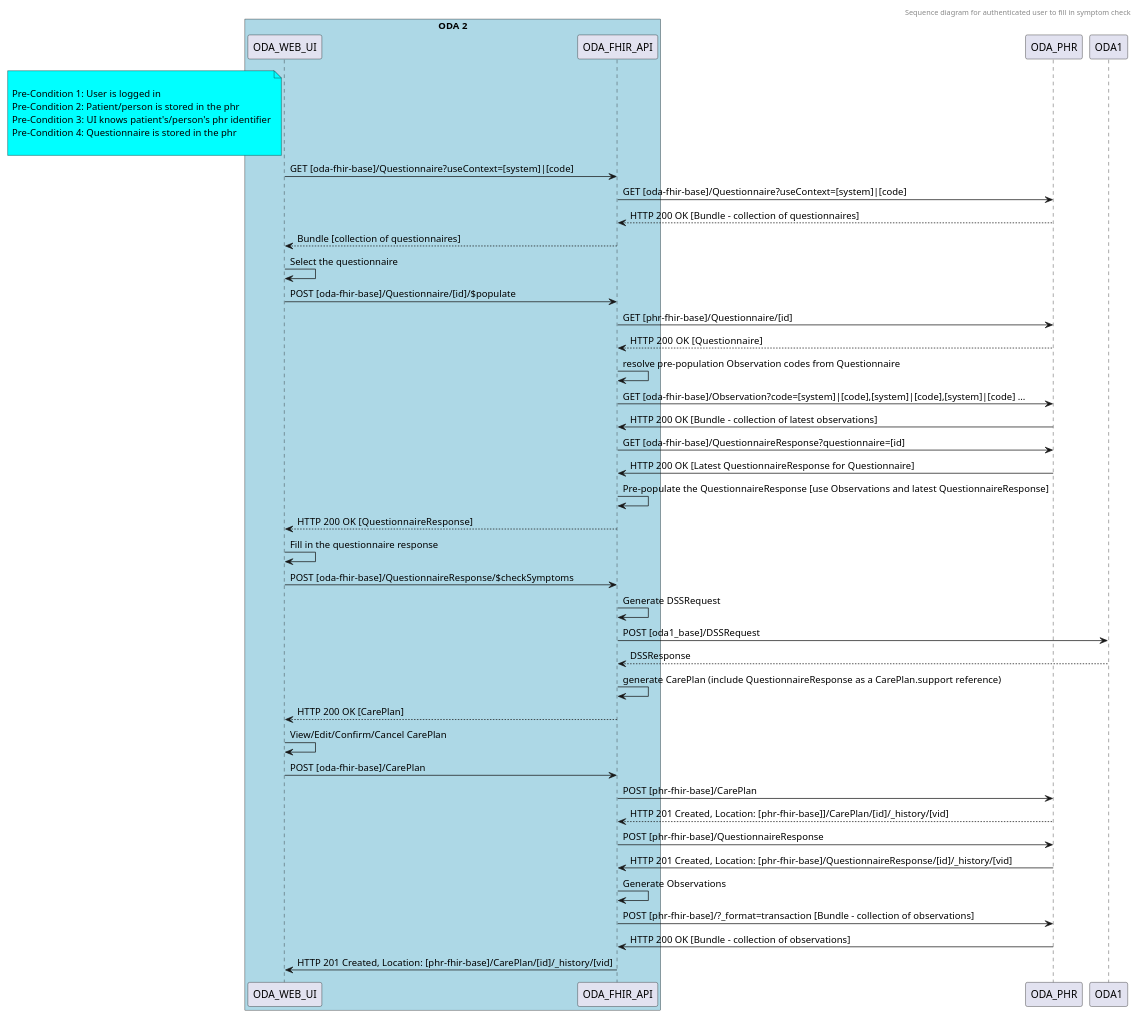
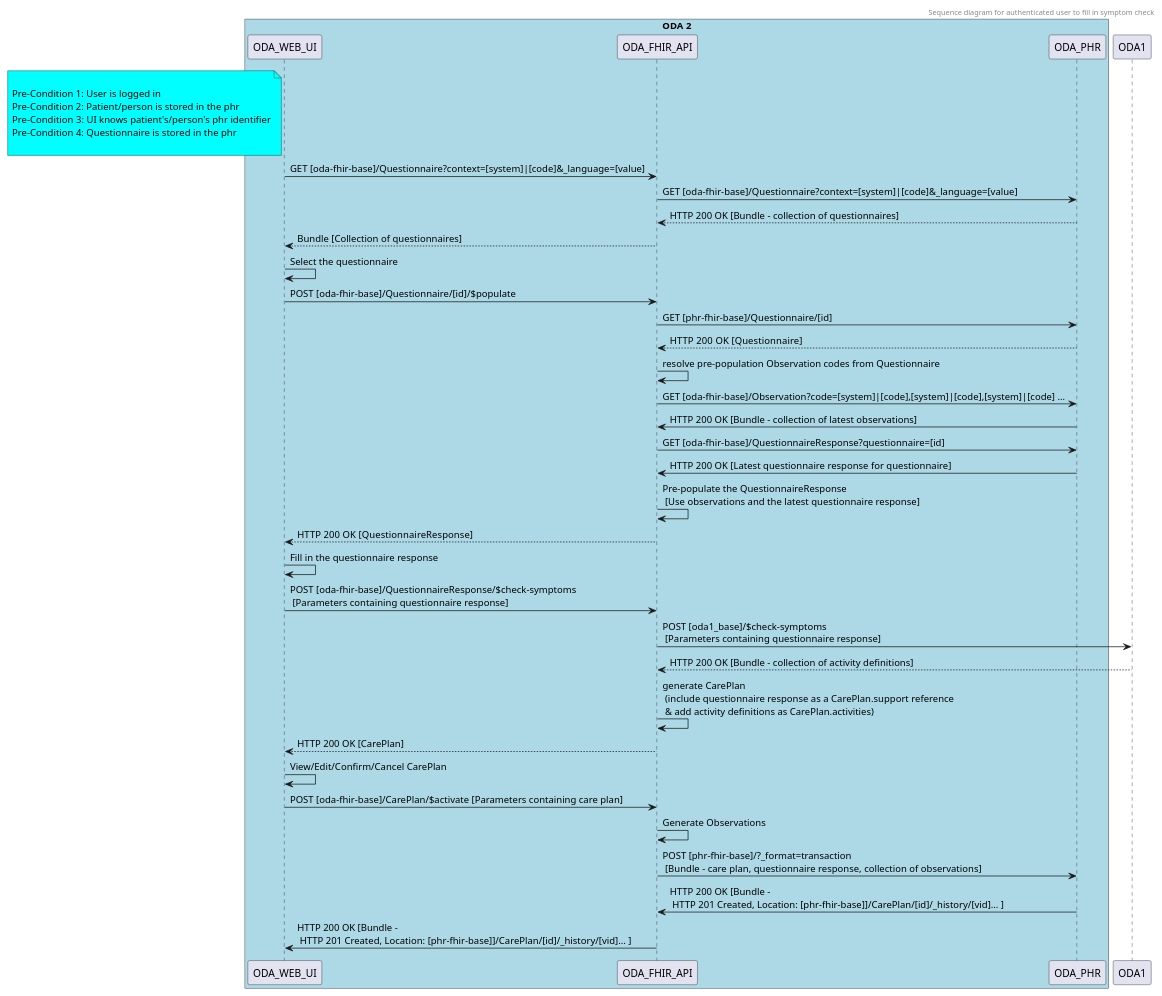
Before and after one commit to ruoat/definitions: the diagram in sequence-diagrams/symptom-check-authenticated-user.puml, drawn with PlantUML. The commit also changed 1 other file, not shown here.

Commit message:
MT-620 Update check-symptoms sequence diagram

```diff
--- a/sequence-diagrams/symptom-check-authenticated-user.puml
+++ b/sequence-diagrams/symptom-check-authenticated-user.puml
@@ -1,60 +1,57 @@
 @startuml
 header
 Sequence diagram for authenticated user to fill in symptom check
 endheader
 
 participant ODA_WEB_UI
 participant ODA_FHIR_API
 
 note left of ODA_WEB_UI #aqua
 
 Pre-Condition 1: User is logged in
 Pre-Condition 2: Patient/person is stored in the phr
 Pre-Condition 3: UI knows patient's/person's phr identifier
 Pre-Condition 4: Questionnaire is stored in the phr
 
 end note
 
 box "ODA 2" #LightBlue
 	participant ODA_WEB_UI
 	participant ODA_FHIR_API
+	participant ODA_PHR
 end box
 
-ODA_WEB_UI -> ODA_FHIR_API: GET [oda-fhir-base]/Questionnaire?useContext=[system]|[code]
-ODA_FHIR_API -> ODA_PHR: GET [oda-fhir-base]/Questionnaire?useContext=[system]|[code]
+ODA_WEB_UI -> ODA_FHIR_API: GET [oda-fhir-base]/Questionnaire?context=[system]|[code]&_language=[value]
+ODA_FHIR_API -> ODA_PHR: GET [oda-fhir-base]/Questionnaire?context=[system]|[code]&_language=[value]
 ODA_FHIR_API <-- ODA_PHR: HTTP 200 OK [Bundle - collection of questionnaires]
-ODA_WEB_UI <-- ODA_FHIR_API: Bundle [collection of questionnaires]
+ODA_WEB_UI <-- ODA_FHIR_API: Bundle [Collection of questionnaires]
 
 ODA_WEB_UI -> ODA_WEB_UI: Select the questionnaire
 ODA_WEB_UI -> ODA_FHIR_API: POST [oda-fhir-base]/Questionnaire/[id]/$populate
 ODA_FHIR_API -> ODA_PHR: GET [phr-fhir-base]/Questionnaire/[id]
 ODA_FHIR_API <-- ODA_PHR: HTTP 200 OK  [Questionnaire]
 
 ODA_FHIR_API -> ODA_FHIR_API: resolve pre-population Observation codes from Questionnaire
 ODA_FHIR_API -> ODA_PHR: GET [oda-fhir-base]/Observation?code=[system]|[code],[system]|[code],[system]|[code] ...
 ODA_FHIR_API <- ODA_PHR: HTTP 200 OK [Bundle - collection of latest observations]
 ODA_FHIR_API -> ODA_PHR: GET [oda-fhir-base]/QuestionnaireResponse?questionnaire=[id]
-ODA_FHIR_API <- ODA_PHR: HTTP 200 OK [Latest QuestionnaireResponse for Questionnaire]
-ODA_FHIR_API -> ODA_FHIR_API: Pre-populate the QuestionnaireResponse [use Observations and latest QuestionnaireResponse]
+ODA_FHIR_API <- ODA_PHR: HTTP 200 OK [Latest questionnaire response for questionnaire]
+ODA_FHIR_API -> ODA_FHIR_API: Pre-populate the QuestionnaireResponse \n [Use observations and the latest questionnaire response]
 
 ODA_WEB_UI <-- ODA_FHIR_API: HTTP 200 OK  [QuestionnaireResponse]
 
 ODA_WEB_UI -> ODA_WEB_UI: Fill in the questionnaire response
-ODA_WEB_UI -> ODA_FHIR_API: POST [oda-fhir-base]/QuestionnaireResponse/$checkSymptoms
-ODA_FHIR_API -> ODA_FHIR_API: Generate DSSRequest
-ODA_FHIR_API -> ODA1: POST [oda1_base]/DSSRequest
-ODA_FHIR_API <-- ODA1: DSSResponse
-ODA_FHIR_API -> ODA_FHIR_API: generate CarePlan (include QuestionnaireResponse as a CarePlan.support reference)
+ODA_WEB_UI -> ODA_FHIR_API: POST [oda-fhir-base]/QuestionnaireResponse/$check-symptoms \n [Parameters containing questionnaire response]
+ODA_FHIR_API -> ODA1: POST [oda1_base]/$check-symptoms \n [Parameters containing questionnaire response]
+ODA_FHIR_API <-- ODA1: HTTP 200 OK [Bundle - collection of activity definitions]
+ODA_FHIR_API -> ODA_FHIR_API: generate CarePlan \n (include questionnaire response as a CarePlan.support reference \n & add activity definitions as CarePlan.activities)
 ODA_WEB_UI <-- ODA_FHIR_API: HTTP 200 OK [CarePlan]
 
 ODA_WEB_UI -> ODA_WEB_UI: View/Edit/Confirm/Cancel CarePlan
-ODA_WEB_UI -> ODA_FHIR_API: POST [oda-fhir-base]/CarePlan
-ODA_FHIR_API -> ODA_PHR: POST [phr-fhir-base]/CarePlan
-ODA_FHIR_API <-- ODA_PHR: HTTP 201 Created, Location: [phr-fhir-base]]/CarePlan/[id]/_history/[vid]
-ODA_FHIR_API -> ODA_PHR: POST [phr-fhir-base]/QuestionnaireResponse
-ODA_FHIR_API <- ODA_PHR: HTTP 201 Created, Location: [phr-fhir-base]/QuestionnaireResponse/[id]/_history/[vid]
+ODA_WEB_UI -> ODA_FHIR_API: POST [oda-fhir-base]/CarePlan/$activate [Parameters containing care plan]
 ODA_FHIR_API -> ODA_FHIR_API: Generate Observations
-ODA_FHIR_API -> ODA_PHR: POST [phr-fhir-base]/?_format=transaction [Bundle - collection of observations]
-ODA_FHIR_API <- ODA_PHR: HTTP 200 OK [Bundle - collection of observations]
-ODA_WEB_UI <- ODA_FHIR_API: HTTP 201 Created, Location: [phr-fhir-base]/CarePlan/[id]/_history/[vid]
+ODA_FHIR_API -> ODA_PHR: POST [phr-fhir-base]/?_format=transaction \n [Bundle - care plan, questionnaire response, collection of observations]
+ODA_FHIR_API <- ODA_PHR: HTTP 200 OK [Bundle - \n HTTP 201 Created, Location: [phr-fhir-base]]/CarePlan/[id]/_history/[vid]... ]
+
+ODA_WEB_UI <- ODA_FHIR_API: HTTP 200 OK [Bundle - \n HTTP 201 Created, Location: [phr-fhir-base]]/CarePlan/[id]/_history/[vid]... ]
 @enduml
```
